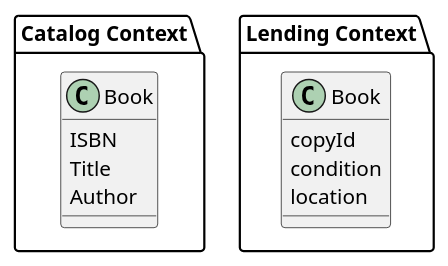
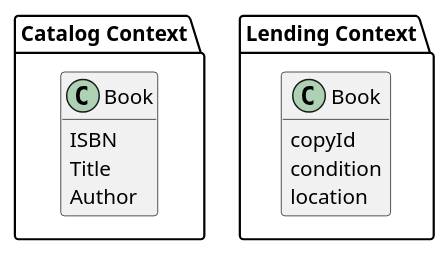
The diagram in POS/4xHIF/01_UML_DDD/puml/bounded-context.puml (mfreimueller/lectures), drawn with PlantUML before and after one commit. The commit also changed 161 other files, not shown here.

```diff
--- a/POS/4xHIF/01_UML_DDD/puml/bounded-context.puml
+++ b/POS/4xHIF/01_UML_DDD/puml/bounded-context.puml
@@ -1,19 +1,22 @@
 @startuml
+
+hide empty attributes
+hide empty methods
 
 package "Catalog Context" {
     class "Book" as CatalogBook {
         ISBN
         Title
         Author
     }
 }
 
 package "Lending Context" {
     class "Book" as LendingBook {
         copyId
         condition
         location
     }
 }
 
 @enduml
```
